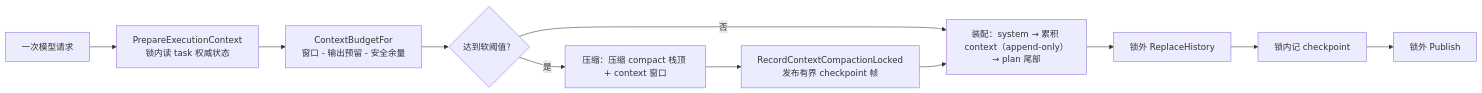
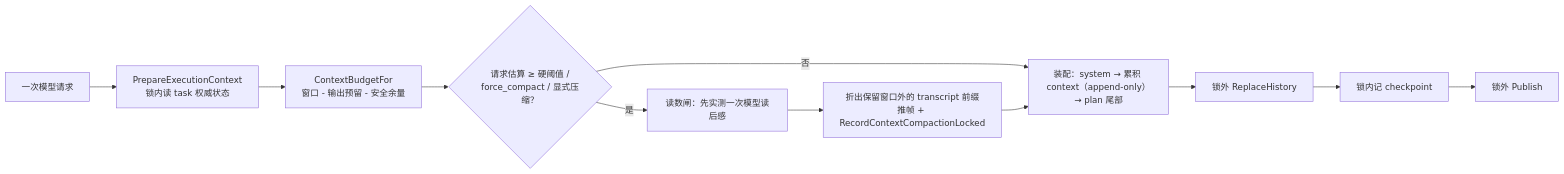
One commit to RedHuang-0622/seelex changed the first of 2 diagrams in application/core/context_runtime/README.md. Above: the diagram before and after it, drawn with Mermaid. The commit also changed other lines of this file and 13 other files, not shown here.

````diff
--- a/application/core/context_runtime/README.md
+++ b/application/core/context_runtime/README.md
@@ -71,13 +73,13 @@
 ```mermaid
 flowchart LR
     REQ["一次模型请求"] --> PREP["PrepareExecutionContext<br/>锁内读 task 权威状态"]
     PREP --> BUDGET["ContextBudgetFor<br/>窗口 - 输出预留 - 安全余量"]
-    BUDGET --> SOFT{"达到软阈值？"}
+    BUDGET --> SOFT{"请求估算 ≥ 硬阈值 /<br/>force_compact / 显式压缩？"}
     SOFT -->|否| ASC["装配：system → 累积 context（append-only）→ plan 尾部"]
-    SOFT -->|是| COMPACT["压缩：压缩 compact 栈顶 + context 窗口"]
-    COMPACT --> FRAME["RecordContextCompactionLocked<br/>发布有界 checkpoint 帧"]
+    SOFT -->|是| COMPACT["读数闸：先实测一次模型读后感"]
+    COMPACT --> FRAME["折出保留窗口外的 transcript 前缀<br/>推帧 + RecordContextCompactionLocked"]
     FRAME --> ASC
     ASC --> REPLACE["锁外 ReplaceHistory"]
     REPLACE --> CHECK["锁内记 checkpoint"]
     CHECK --> PUB["锁外 Publish"]
 ```
````
